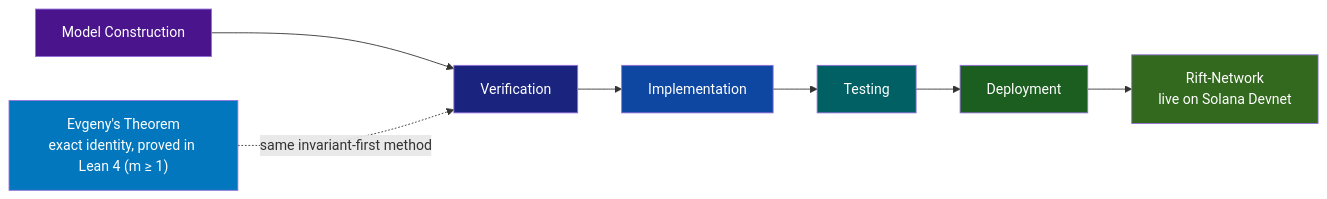
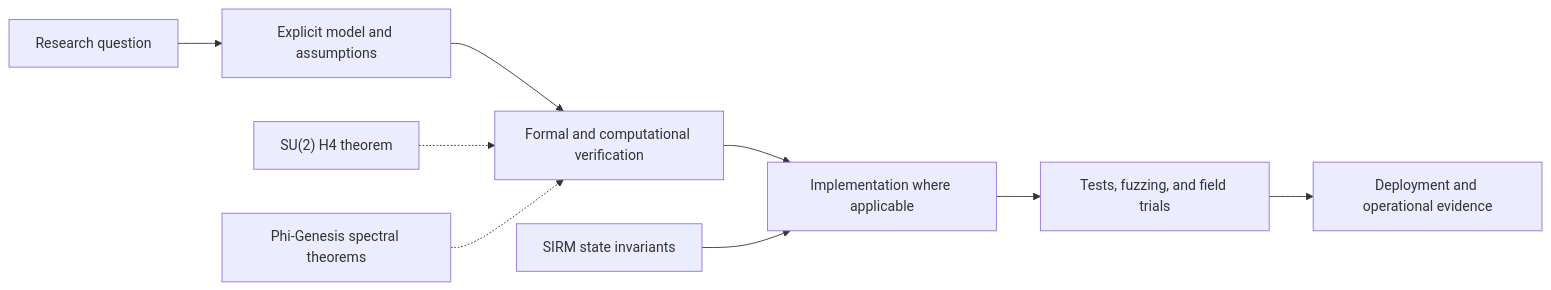
One commit to RFT-SIRM/UltraCore-RFT changed the diagram in ARCHITECT.md. Above: the diagram before and after it, drawn with Mermaid. The commit also changed other lines of this file and 25 other files, not shown here.

First line of the commit message:
docs: expand theorem monographs and redesign research portal

````diff
--- a/ARCHITECT.md
+++ b/ARCHITECT.md
@@ -45,18 +39,11 @@
 ```mermaid
 flowchart LR
-    M["Model Construction"] --> V["Verification"]
-    V --> I["Implementation"]
-    I --> T["Testing"]
-    T --> D["Deployment"]
-    ET["Evgeny's Theorem<br/>exact identity, proved in Lean 4 (m ≥ 1)"]
-    DEV["Rift-Network<br/>live on Solana Devnet"]
-    ET -.->|"same invariant-first method"| V
-    D --> DEV
-    style M fill:#4a148c,color:#fff
-    style V fill:#1a237e,color:#fff
-    style I fill:#0d47a1,color:#fff
-    style T fill:#006064,color:#fff
-    style D fill:#1b5e20,color:#fff
-    style ET fill:#0277bd,color:#fff
-    style DEV fill:#33691e,color:#fff
+    Q["Research question"] --> M["Explicit model and assumptions"]
+    M --> V["Formal and computational verification"]
+    V --> I["Implementation where applicable"]
+    I --> T["Tests, fuzzing, and field trials"]
+    T --> D["Deployment and operational evidence"]
+    H4["SU(2) H4 theorem"] -.-> V
+    PG["Phi-Genesis spectral theorems"] -.-> V
+    SIRM["SIRM state invariants"] --> I
 ```
````
